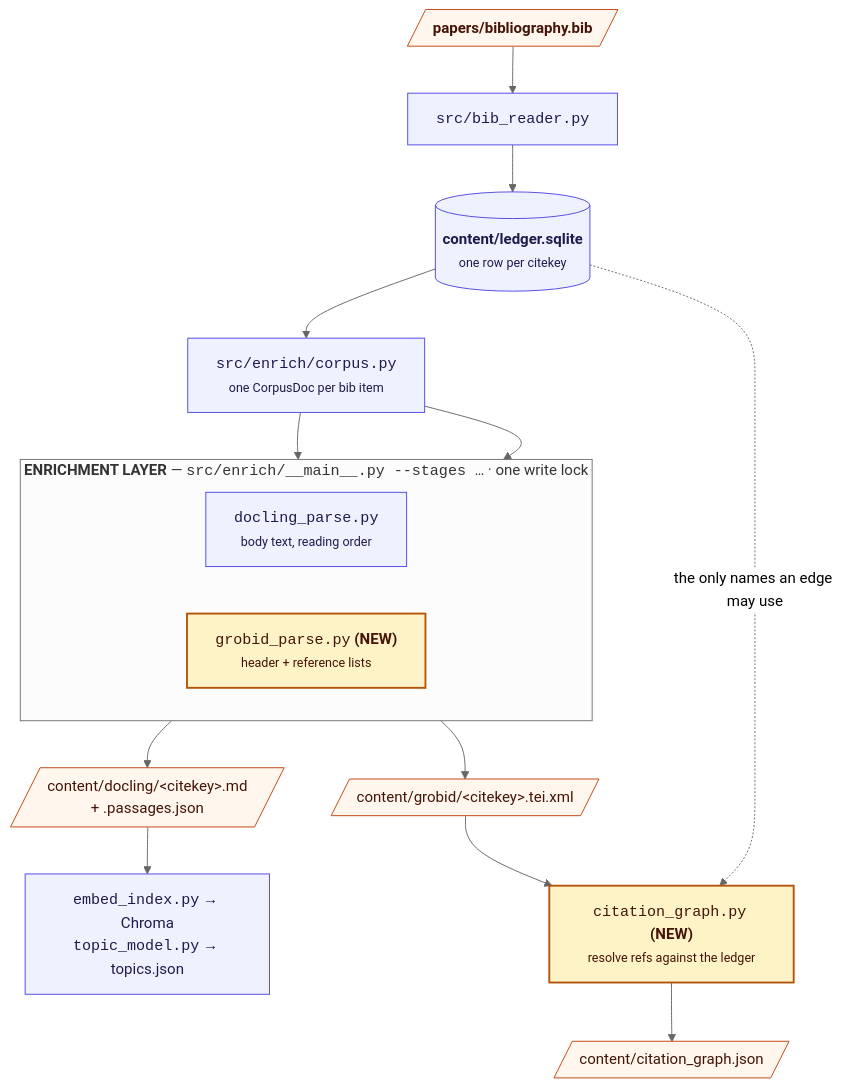
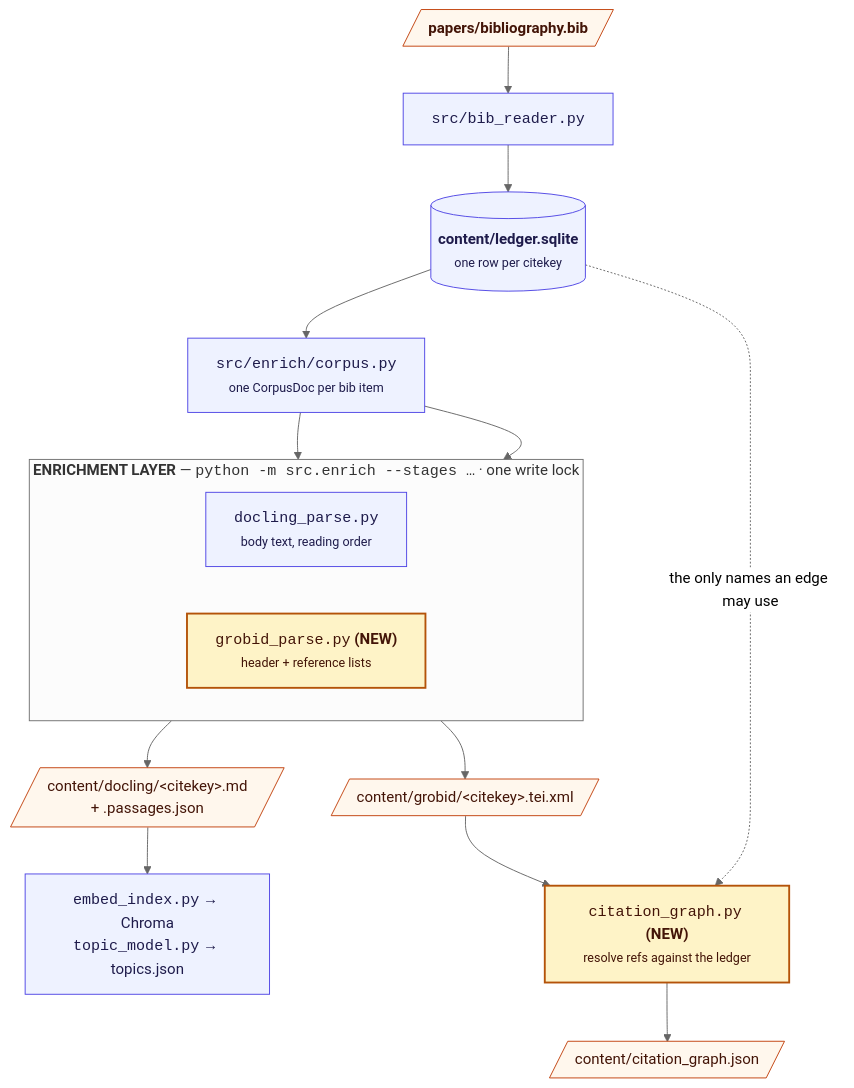
Before and after one commit to prasadtalasila/chitragupta: the first of 2 diagrams in docs/GROBID-CITATION-GRAPH.md, drawn with Mermaid (neutral theme). The commit also changed other lines of this file and 62 other files, not shown here.

````diff
--- a/docs/GROBID-CITATION-GRAPH.md
+++ b/docs/GROBID-CITATION-GRAPH.md
@@ -115,38 +115,38 @@
 ```mermaid
 flowchart TB
 
   BIB[/"<b>papers/bibliography.bib</b>"/]
   READER["<code>src/bib_reader.py</code>"]
   LEDGER[("<b>content/ledger.sqlite</b><br/><small>one row per citekey</small>")]
   CORPUS["<code>src/enrich/corpus.py</code><br/><small>one CorpusDoc per bib item</small>"]
 
   BIB --> READER --> LEDGER --> CORPUS
 
-  subgraph EX["<b>ENRICHMENT LAYER</b> — <code>src/enrich/__main__.py --stages …</code> · one write lock"]
+  subgraph EX["<b>ENRICHMENT LAYER</b> — <code>python -m src.enrich --stages …</code> · one write lock"]
     direction LR
     DOC["<code>docling_parse.py</code><br/><small>body text, reading order</small>"]
     GRO["<code>grobid_parse.py</code> <b>(NEW)</b><br/><small>header + reference lists</small>"]
   end
 
   CORPUS --> DOC
   CORPUS --> GRO
 
   MD[/"content/docling/&lt;citekey&gt;.md<br/>+ .passages.json"/]
   TEI[/"content/grobid/&lt;citekey&gt;.tei.xml"/]
   DOC --> MD
   GRO --> TEI
 
   EMB["<code>embed_index.py</code> → Chroma<br/><code>topic_model.py</code> → topics.json"]
   CG["<code>citation_graph.py</code> <b>(NEW)</b><br/><small>resolve refs against the ledger</small>"]
   MD --> EMB
   TEI --> CG
   LEDGER -. "the only names an edge may use" .-> CG
   CG --> GRAPH[/"content/citation_graph.json"/]
 
   classDef new fill:#fef3c7,stroke:#b45309,stroke-width:2px,color:#431407
   classDef store fill:#fff7ed,stroke:#c2410c,color:#431407
   classDef det fill:#eef2ff,stroke:#4f46e5,color:#1e1b4b
   class GRO,CG new
   class MD,TEI,GRAPH,BIB store
   class LEDGER,READER,CORPUS,DOC,EMB det
 ```
````
